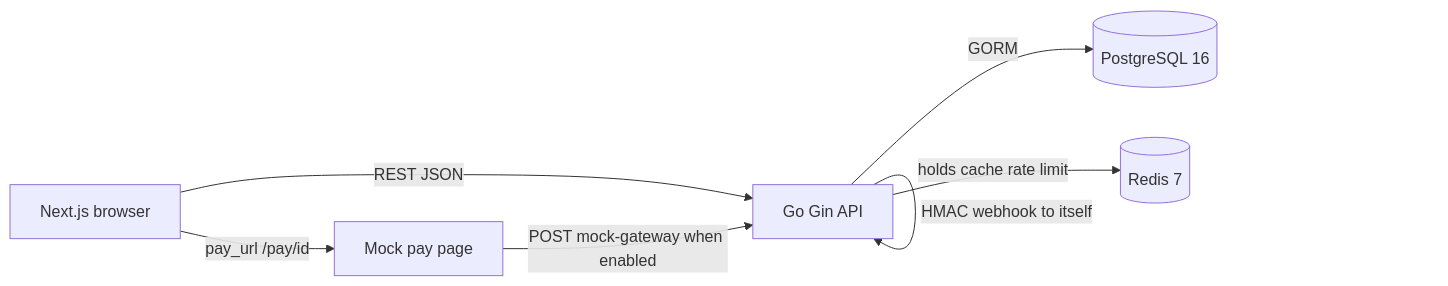
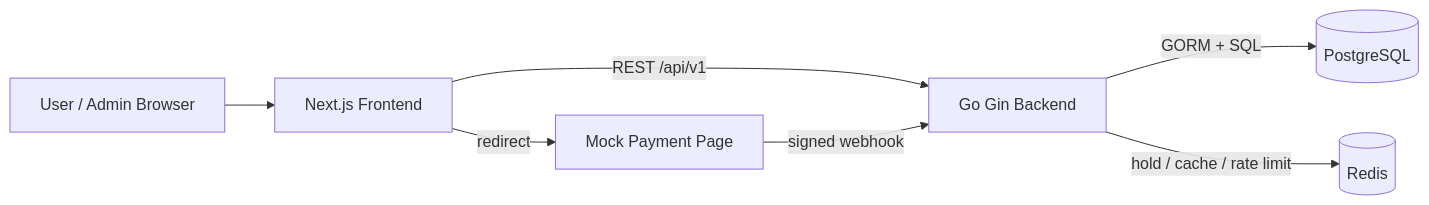
Before and after one commit to Notezaaa0008/ticket_booking: the first of 3 diagrams in docs/flow.md, drawn with Mermaid. The commit also changed other lines of this file, not shown here.

````diff
--- a/docs/flow.md
+++ b/docs/flow.md
@@ -7,9 +7,9 @@
 ```mermaid
 flowchart LR
-    Browser[Next.js browser] -->|REST JSON| API[Go Gin API]
-    API -->|GORM| PG[(PostgreSQL 16)]
-    API -->|holds cache rate limit| Redis[(Redis 7)]
-    Browser -->|pay_url /pay/id| PayPage[Mock pay page]
-    PayPage -->|POST mock-gateway when enabled| API
-    API -->|HMAC webhook to itself| API
+    U[User / Admin Browser] --> FE[Next.js Frontend]
+    FE -->|REST /api/v1| BE[Go Gin Backend]
+    BE -->|GORM + SQL| PG[(PostgreSQL)]
+    BE -->|hold / cache / rate limit| RD[(Redis)]
+    FE -->|redirect| MG[Mock Payment Page]
+    MG -->|signed webhook| BE
 ```
````
